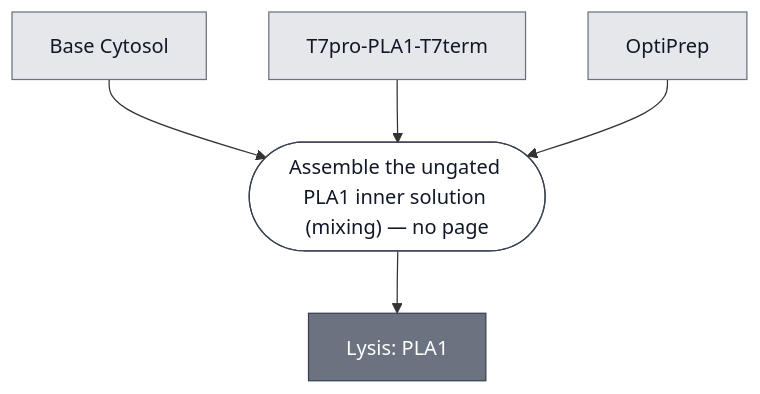
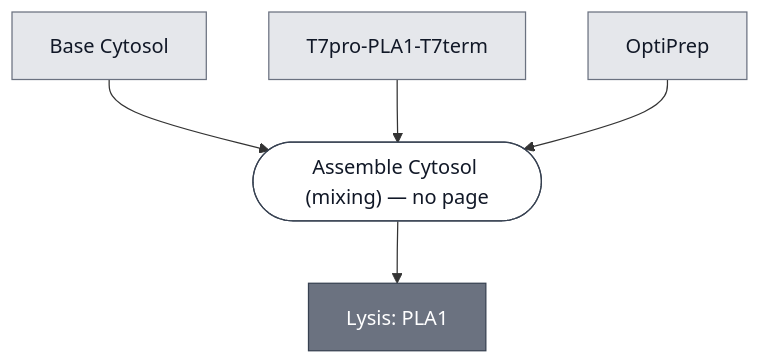
The diagram in docs/modules/lysis-pla1/spec.md (nucleus-eng/nucleus-docs), drawn with Mermaid before and after one commit. The commit also changed other lines of this file and 1 other file, not shown here.

First line of the commit message:
Fold the PLA1 tag answers and human copy edits into Lysis: PLA1

````diff
--- a/docs/modules/lysis-pla1/spec.md
+++ b/docs/modules/lysis-pla1/spec.md
@@ -33,25 +33,25 @@
 ```mermaid
 flowchart TD
     BASE_CYTOSOL["Base Cytosol"]
     PLA1_DNA["T7pro-PLA1-T7term"]
     OPTIPREP["OptiPrep"]
 
-    P1_ASSEMBLE_PLA1_INNER_SOLUTION_0(["Assemble the ungated PLA1 inner solution (mixing) — no page"])
+    P1_ASSEMBLE_PLA1_INNER_SOLUTION_0(["Assemble Cytosol (mixing) — no page"])
     LYSIS_PLA1["Lysis: PLA1"]
 
     BASE_CYTOSOL --> P1_ASSEMBLE_PLA1_INNER_SOLUTION_0
     PLA1_DNA --> P1_ASSEMBLE_PLA1_INNER_SOLUTION_0
     OPTIPREP --> P1_ASSEMBLE_PLA1_INNER_SOLUTION_0
     P1_ASSEMBLE_PLA1_INNER_SOLUTION_0 --> LYSIS_PLA1
 
 
     classDef leaf     fill:#e5e7eb,stroke:#6b7280,color:#111827;
     classDef composed fill:#6b7280,stroke:#374151,color:#ffffff;
     classDef process  fill:#ffffff,stroke:#374151,color:#111827;
     class BASE_CYTOSOL,PLA1_DNA,OPTIPREP leaf;
     class LYSIS_PLA1 composed;
     class P1_ASSEMBLE_PLA1_INNER_SOLUTION_0 process;
 
     click BASE_CYTOSOL "/docs/modules/base-cytosol/spec"
     click LYSIS_PLA1 "/docs/modules/lysis-pla1/spec"
 ```
````
